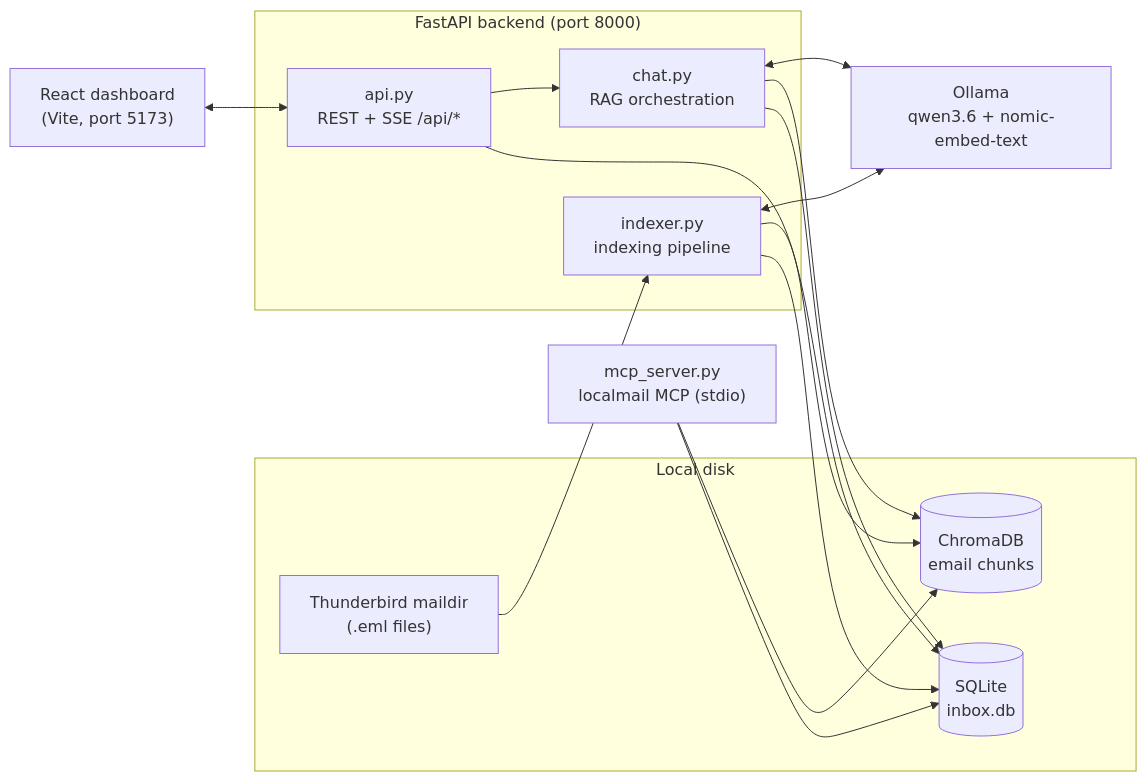
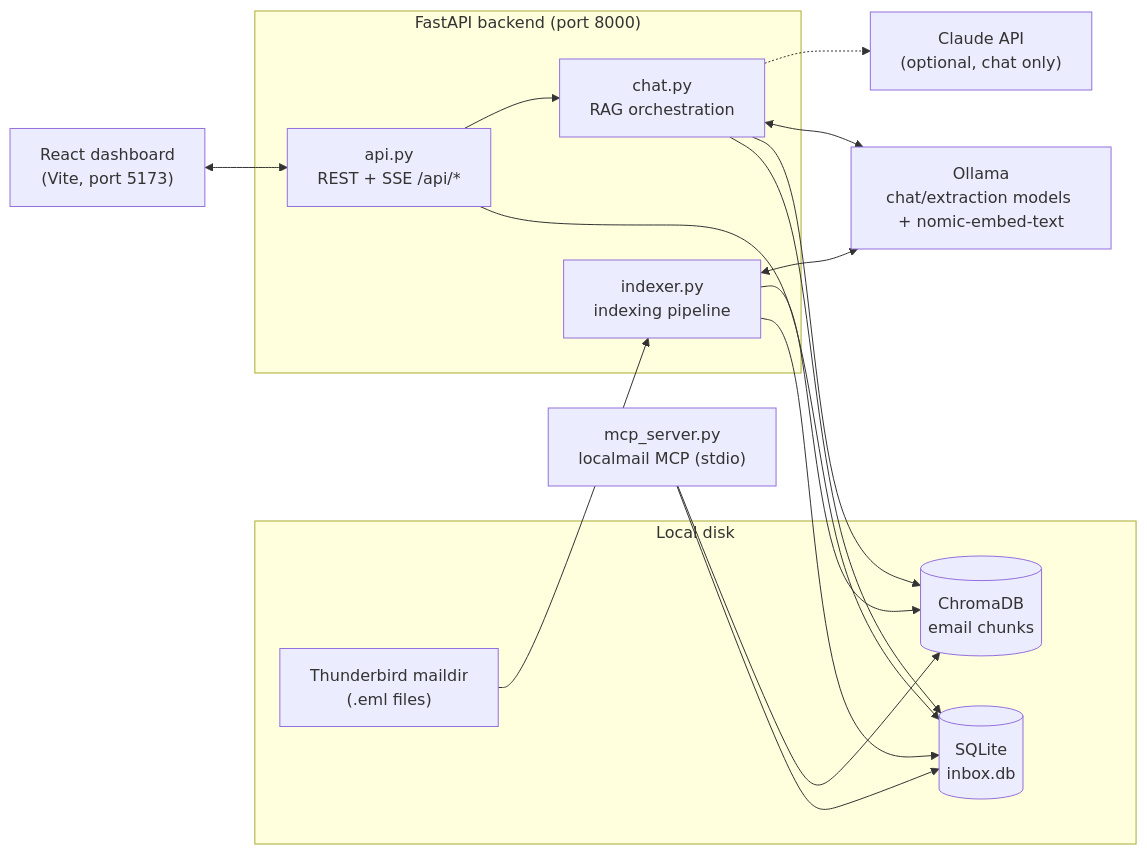
Before and after one commit to elthommy/local-inbox-assistant: the first of 3 diagrams in docs/ARCHITECTURE.md, drawn with Mermaid. The commit also changed other lines of this file and 16 other files, not shown here.

First line of the commit message:
Add opt-in Claude cloud chat and document the maildir-only limitation

````diff
--- a/docs/ARCHITECTURE.md
+++ b/docs/ARCHITECTURE.md
@@ -8,31 +15,33 @@
 ```mermaid
 flowchart LR
     subgraph disk["Local disk"]
         TB["Thunderbird maildir<br>(.eml files)"]
         DB[("SQLite<br>inbox.db")]
         CH[("ChromaDB<br>email chunks")]
     end
 
     subgraph backend["FastAPI backend (port 8000)"]
         IDX["indexer.py<br>indexing pipeline"]
         API["api.py<br>REST + SSE /api/*"]
         CHAT["chat.py<br>RAG orchestration"]
     end
 
-    OL["Ollama<br>qwen3.6 + nomic-embed-text"]
+    OL["Ollama<br>chat/extraction models + nomic-embed-text"]
+    CL["Claude API<br>(optional, chat only)"]
     UI["React dashboard<br>(Vite, port 5173)"]
     MCP["mcp_server.py<br>localmail MCP (stdio)"]
 
     TB --> IDX
     IDX --> DB
     IDX --> CH
     IDX <--> OL
     API --> DB
     API --> CHAT
     CHAT --> DB
     CHAT --> CH
     CHAT <--> OL
+    CHAT -.-> CL
     UI <--> API
     MCP --> DB
     MCP --> CH
 ```
````
